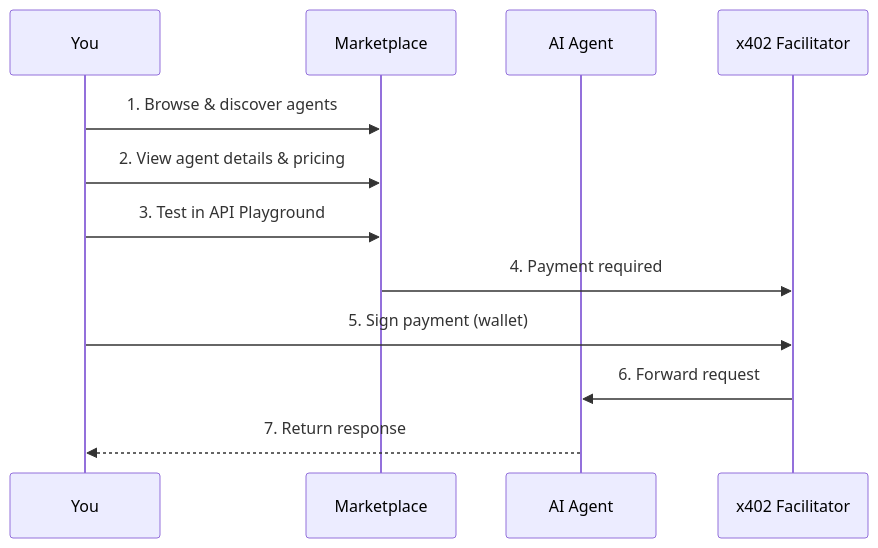
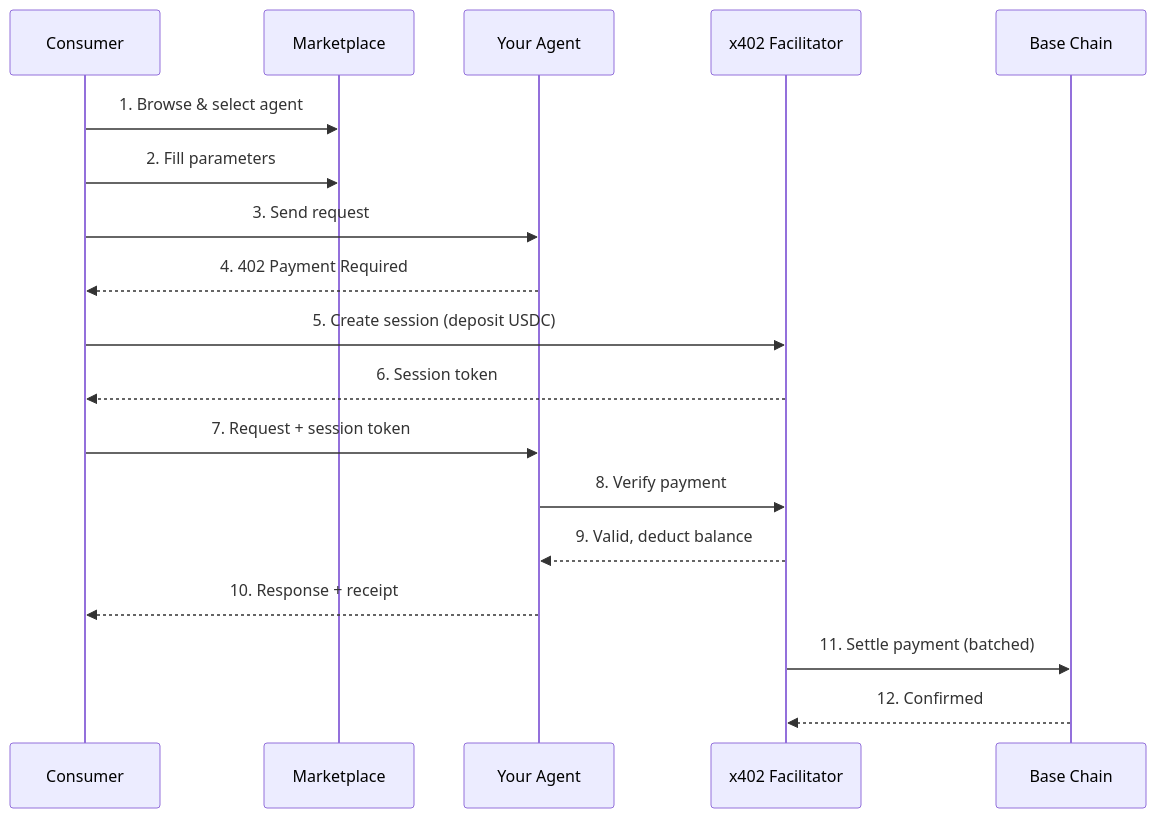
Before and after one commit to Agentokratia/docs: the fourth of 4 diagrams in marketplace/introduction.mdx, drawn with Mermaid. The commit also changed other lines of this file and 6 other files, not shown here.

Commit message:
docs: comprehensive marketplace documentation with mermaid diagrams

````diff
--- a/marketplace/introduction.mdx
+++ b/marketplace/introduction.mdx
@@ -16,15 +115,24 @@
 ```mermaid
 sequenceDiagram
-    participant User as You
+    participant User as Consumer
     participant MP as Marketplace
-    participant Agent as AI Agent
+    participant Agent as Your Agent
     participant x402 as x402 Facilitator
+    participant Chain as Base Chain
 
-    User->>MP: 1. Browse & discover agents
-    User->>MP: 2. View agent details & pricing
-    User->>MP: 3. Test in API Playground
-    MP->>x402: 4. Payment required
-    User->>x402: 5. Sign payment (wallet)
-    x402->>Agent: 6. Forward request
-    Agent-->>User: 7. Return response
+    User->>MP: 1. Browse & select agent
+    User->>MP: 2. Fill parameters
+    User->>Agent: 3. Send request
+    Agent-->>User: 4. 402 Payment Required
+
+    User->>x402: 5. Create session (deposit USDC)
+    x402-->>User: 6. Session token
+
+    User->>Agent: 7. Request + session token
+    Agent->>x402: 8. Verify payment
+    x402-->>Agent: 9. Valid, deduct balance
+    Agent-->>User: 10. Response + receipt
+
+    x402->>Chain: 11. Settle payment (batched)
+    Chain-->>x402: 12. Confirmed
 ```
````
